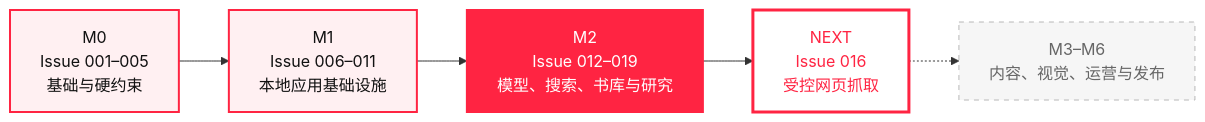
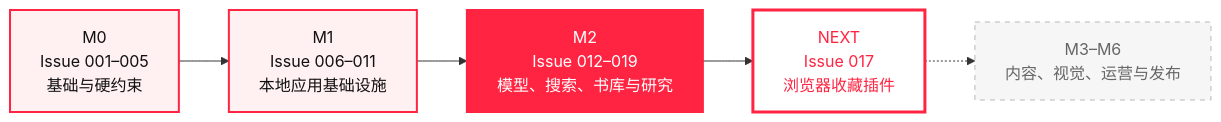
One commit to KAtOReNA7/Rednote-Automated-Operation-Tool changed the first of 2 diagrams in README.md. Above: the diagram before and after it, drawn with Mermaid. The commit also changed other lines of this file and 69 other files, not shown here.

````diff
--- a/README.md
+++ b/README.md
@@ -59,17 +51,17 @@
 ```mermaid
 flowchart LR
     M0["M0<br/>Issue 001–005<br/>基础与硬约束"] --> M1["M1<br/>Issue 006–011<br/>本地应用基础设施"]
     M1 --> M2["M2<br/>Issue 012–019<br/>模型、搜索、书库与研究"]
-    M2 --> NEXT["NEXT<br/>Issue 016<br/>受控网页抓取"]
+    M2 --> NEXT["NEXT<br/>Issue 017<br/>浏览器收藏插件"]
     NEXT -.-> FUTURE["M3–M6<br/>内容、视觉、运营与发布"]
 
     classDef done fill:#fff0f2,stroke:#ff2442,color:#111,stroke-width:2px;
     classDef active fill:#ff2442,stroke:#ff2442,color:#fff,stroke-width:2px;
     classDef next fill:#fff,stroke:#ff2442,color:#ff2442,stroke-width:3px;
     classDef future fill:#f6f6f6,stroke:#b8b8b8,color:#666,stroke-dasharray:5 5;
 
     class M0,M1 done;
     class M2 active;
     class NEXT next;
     class FUTURE future;
 ```
````
